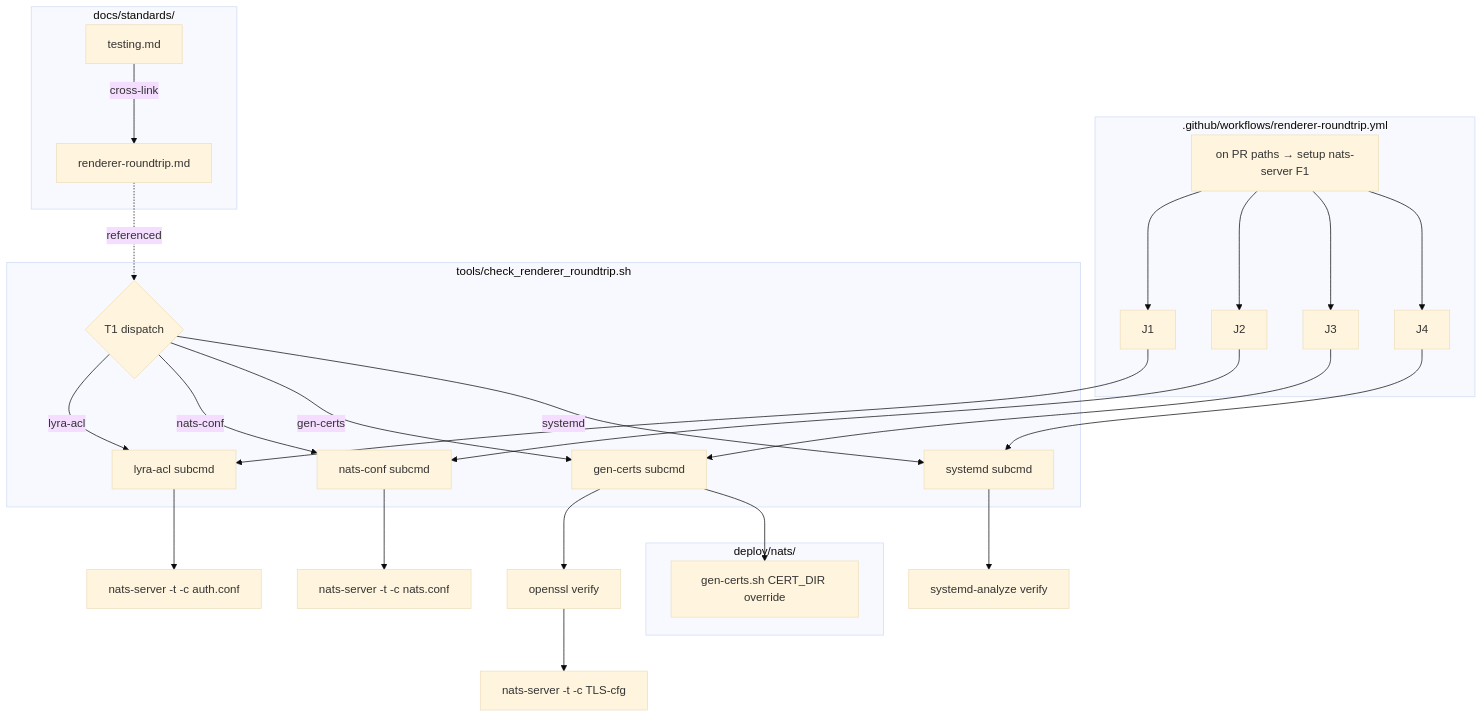
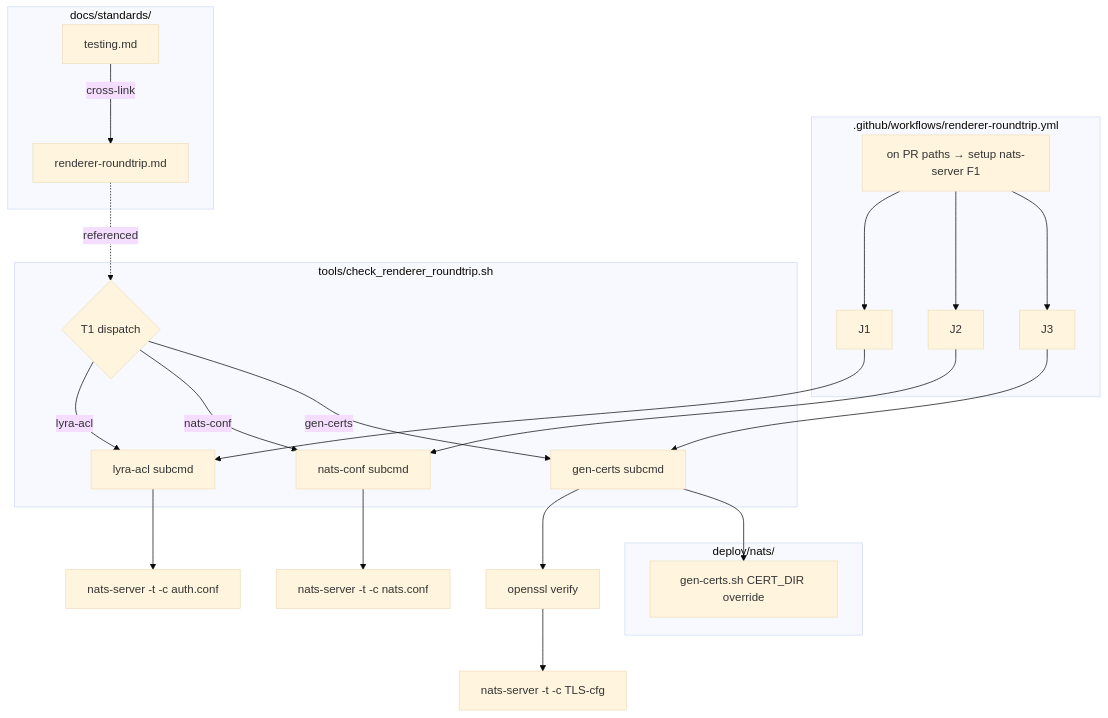
The first of 2 diagrams in artifacts/plans/1091-renderer-roundtrip-tests-plan.mdx (Roxabi/lyra), drawn with Mermaid (base theme) before and after one commit. The commit also changed other lines of this file and 2 other files, not shown here.

First line of the commit message:
fix(scope): drop J4 systemd target; nats.service is retired (#1091)

````diff
--- a/artifacts/plans/1091-renderer-roundtrip-tests-plan.mdx
+++ b/artifacts/plans/1091-renderer-roundtrip-tests-plan.mdx
@@ -16,38 +16,34 @@
 ```mermaid
 flowchart TD
     subgraph workflow [".github/workflows/renderer-roundtrip.yml"]
         W1[on PR paths → setup nats-server F1] --> J1
         W1 --> J2
         W1 --> J3
-        W1 --> J4
     end
 
     subgraph helper ["tools/check_renderer_roundtrip.sh"]
         T1{T1 dispatch}
         T1 -->|lyra-acl| L[lyra-acl subcmd]
         T1 -->|nats-conf| C[nats-conf subcmd]
         T1 -->|gen-certs| G[gen-certs subcmd]
-        T1 -->|systemd| S[systemd subcmd]
     end
 
     J1 --> L
     J2 --> C
     J3 --> G
-    J4 --> S
 
     L --> NS1[nats-server -t -c auth.conf]
     C --> NS2[nats-server -t -c nats.conf]
     G --> O[openssl verify] --> NS3[nats-server -t -c TLS-cfg]
-    S --> SA[systemd-analyze verify]
 
     subgraph docs ["docs/standards/"]
         D1[renderer-roundtrip.md] -.referenced.-> T1
         TM[testing.md] -->|cross-link| D1
     end
 
     subgraph deploy ["deploy/nats/"]
         F2[gen-certs.sh CERT_DIR override]
     end
 
     G --> F2
 ```
````
